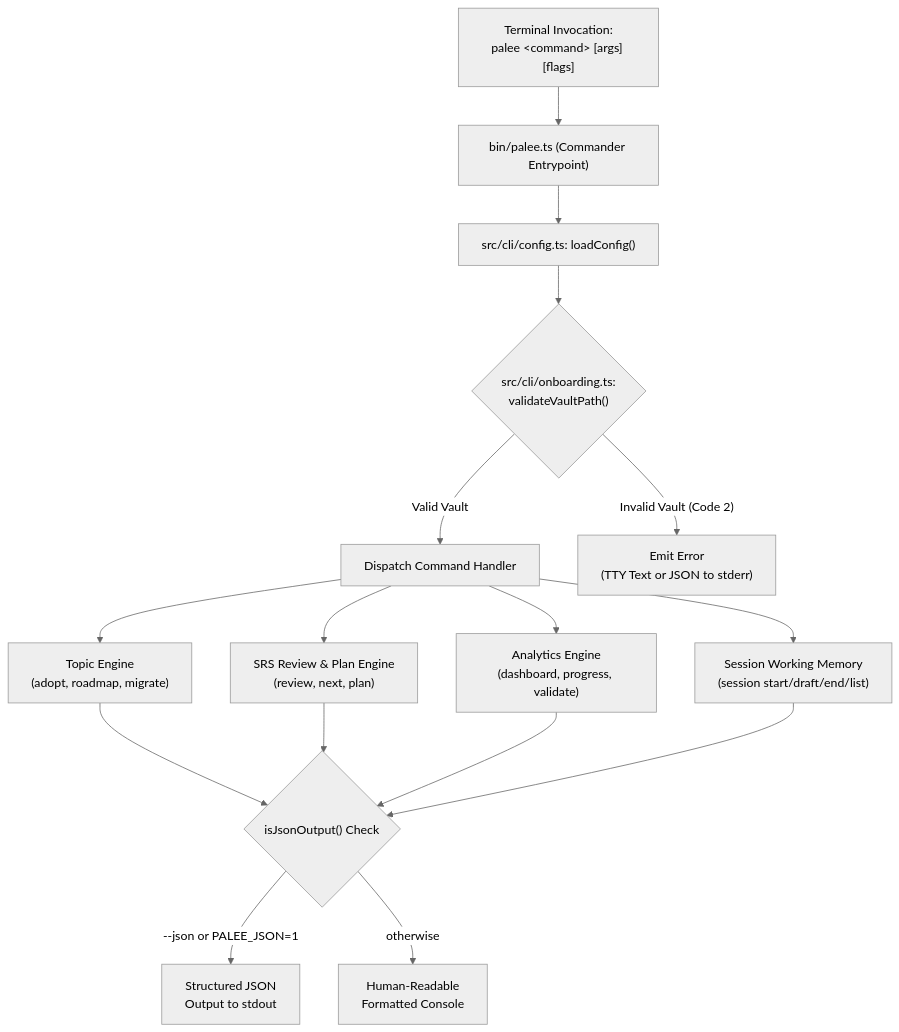
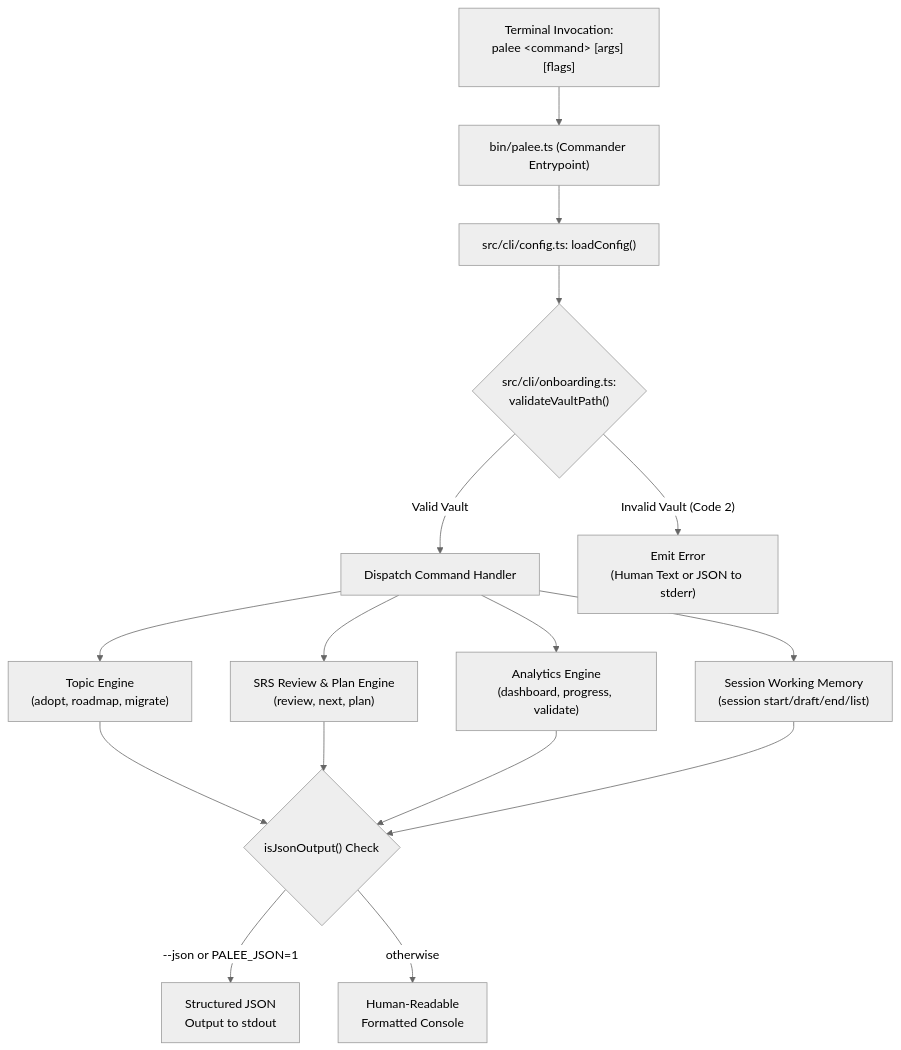
Before and after one commit to Kuldeep2822k/cli: the diagram in docs/02-0-cli-commands.md, drawn with Mermaid (neutral theme). The commit also changed 5 other files, not shown here.

````diff
--- a/docs/02-0-cli-commands.md
+++ b/docs/02-0-cli-commands.md
@@ -40,18 +40,18 @@
 ```mermaid
 flowchart TD
     User["Terminal Invocation:<br/>palee &lt;command&gt; [args] [flags]"] --> Entry["bin/palee.ts (Commander Entrypoint)"]
     Entry --> LoadCfg["src/cli/config.ts: loadConfig()"]
     LoadCfg --> ValidVault{"src/cli/onboarding.ts:<br/>validateVaultPath()"}
     
     ValidVault -->|"Valid Vault"| Dispatcher["Dispatch Command Handler"]
-    ValidVault -->|"Invalid Vault (Code 2)"| ErrVault["Emit Error<br/>(TTY Text or JSON to stderr)"]
+    ValidVault -->|"Invalid Vault (Code 2)"| ErrVault["Emit Error<br/>(Human Text or JSON to stderr)"]
     
     Dispatcher --> TopEng["Topic Engine<br/>(adopt, roadmap, migrate)"]
     Dispatcher --> SrsEng["SRS Review & Plan Engine<br/>(review, next, plan)"]
     Dispatcher --> RepEng["Analytics Engine<br/>(dashboard, progress, validate)"]
     Dispatcher --> SessEng["Session Working Memory<br/>(session start/draft/end/list)"]
     
     TopEng & SrsEng & RepEng & SessEng --> OutCheck{"isJsonOutput() Check"}
     OutCheck -->|"--json or PALEE_JSON=1"| JsonOut["Structured JSON<br/>Output to stdout"]
     OutCheck -->|"otherwise"| TTYOut["Human-Readable<br/>Formatted Console"]
 ```
````
